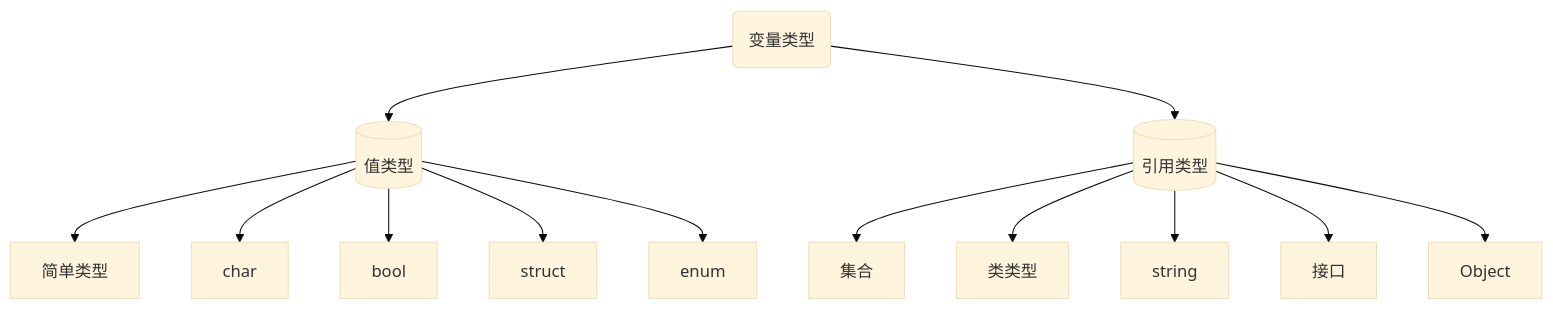
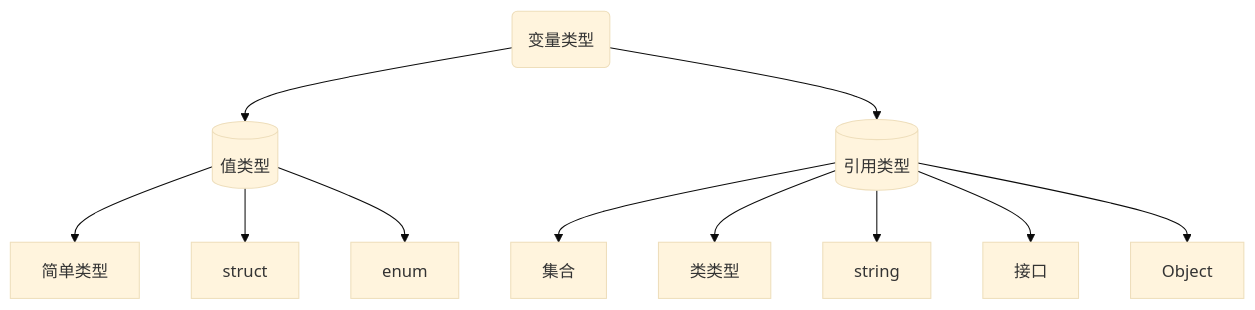
The third of 3 diagrams in Readme.md (xiaoYoc/CSharp-Learning-Notes-In-a-Nutshell), drawn with Mermaid (base theme) before and after one commit. The commit also changed other lines of this file and 3 other files, not shown here.

````diff
--- a/Readme.md
+++ b/Readme.md
@@ -204,15 +213,13 @@
 ```mermaid
 flowchart TD
 A(变量类型) --> B[(值类型)]
 A --> C[(引用类型)]
 B --> 简单类型
-B --> char 
-B --> bool
 B --> struct
 B --> enum
 C --> 集合
 C --> 类类型
 C-->string
 C-->接口
 C-->Object
 ```
````
